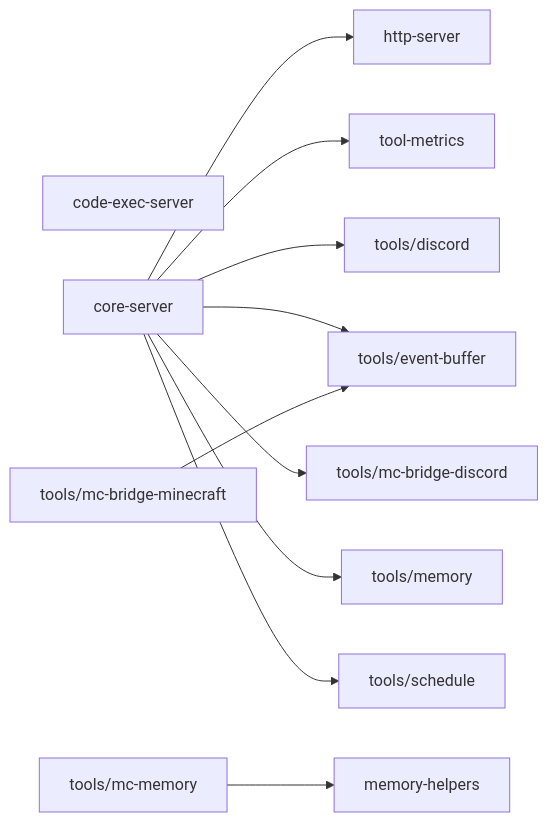
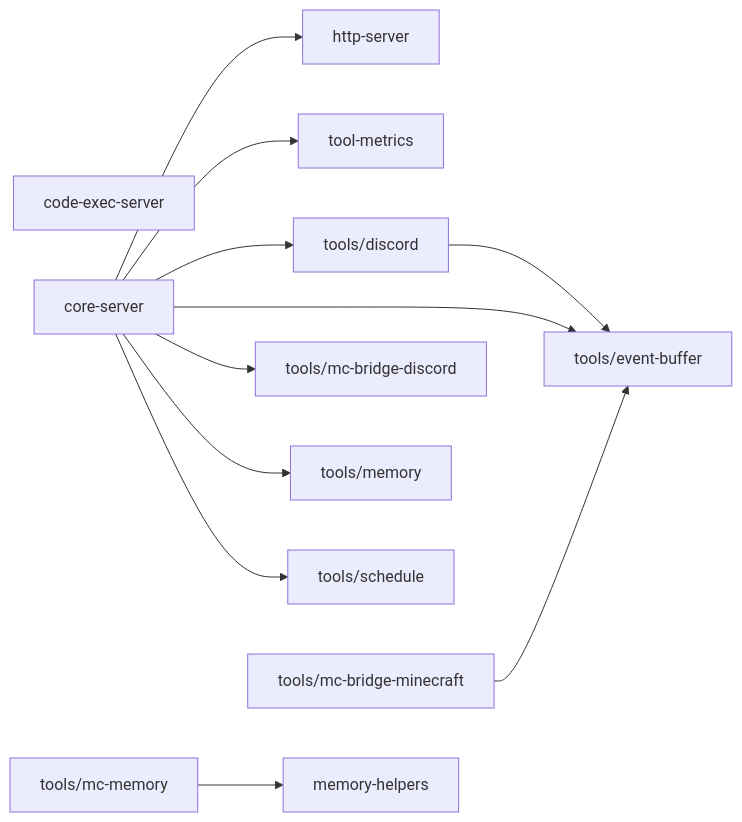
Before and after one commit to OJII3/vicissitude: the diagram in packages/mcp/DEPS.md, drawn with Mermaid. The commit also changed other lines of this file and 6 other files, not shown here.

First line of the commit message:
feat: wait_for_events パターンで意図的スキップを検知・ログ出力する (#357)

````diff
--- a/packages/mcp/DEPS.md
+++ b/packages/mcp/DEPS.md
@@ -7,21 +7,21 @@
 ```mermaid
 graph LR
   code_exec_server["code-exec-server"]
   core_server["core-server"] --> http_server["http-server"]
   core_server["core-server"] --> tool_metrics["tool-metrics"]
   core_server["core-server"] --> tools_discord["tools/discord"]
   core_server["core-server"] --> tools_event_buffer["tools/event-buffer"]
   core_server["core-server"] --> tools_mc_bridge_discord["tools/mc-bridge-discord"]
   core_server["core-server"] --> tools_memory["tools/memory"]
   core_server["core-server"] --> tools_schedule["tools/schedule"]
   http_server["http-server"]
   memory_helpers["memory-helpers"]
   tool_metrics["tool-metrics"]
-  tools_discord["tools/discord"]
+  tools_discord["tools/discord"] --> tools_event_buffer["tools/event-buffer"]
   tools_event_buffer["tools/event-buffer"]
   tools_mc_bridge_discord["tools/mc-bridge-discord"]
   tools_mc_bridge_minecraft["tools/mc-bridge-minecraft"] --> tools_event_buffer["tools/event-buffer"]
   tools_mc_memory["tools/mc-memory"] --> memory_helpers["memory-helpers"]
   tools_memory["tools/memory"]
   tools_schedule["tools/schedule"]
 ```
````
